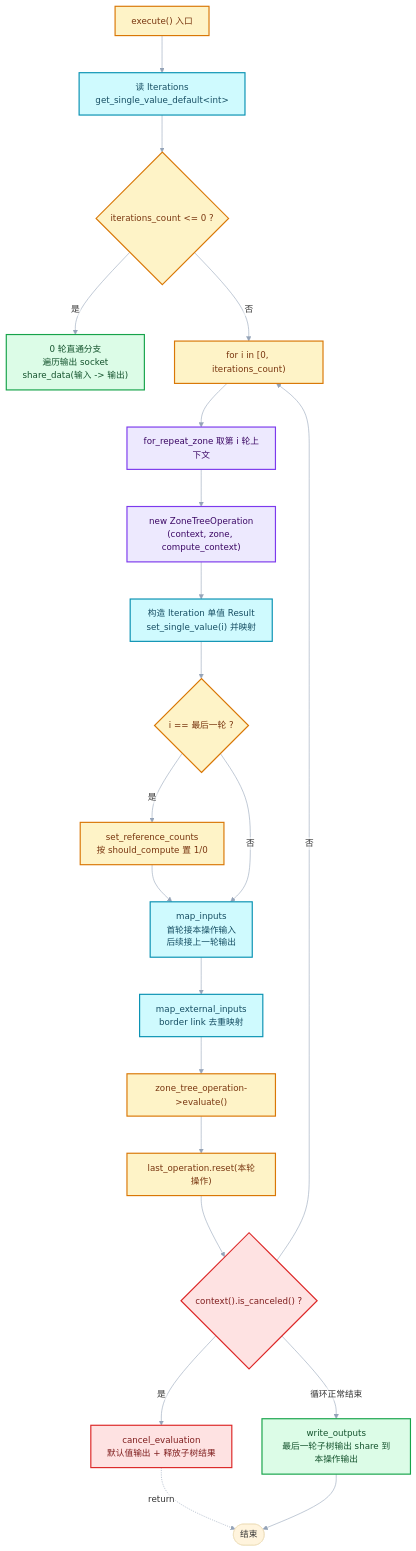
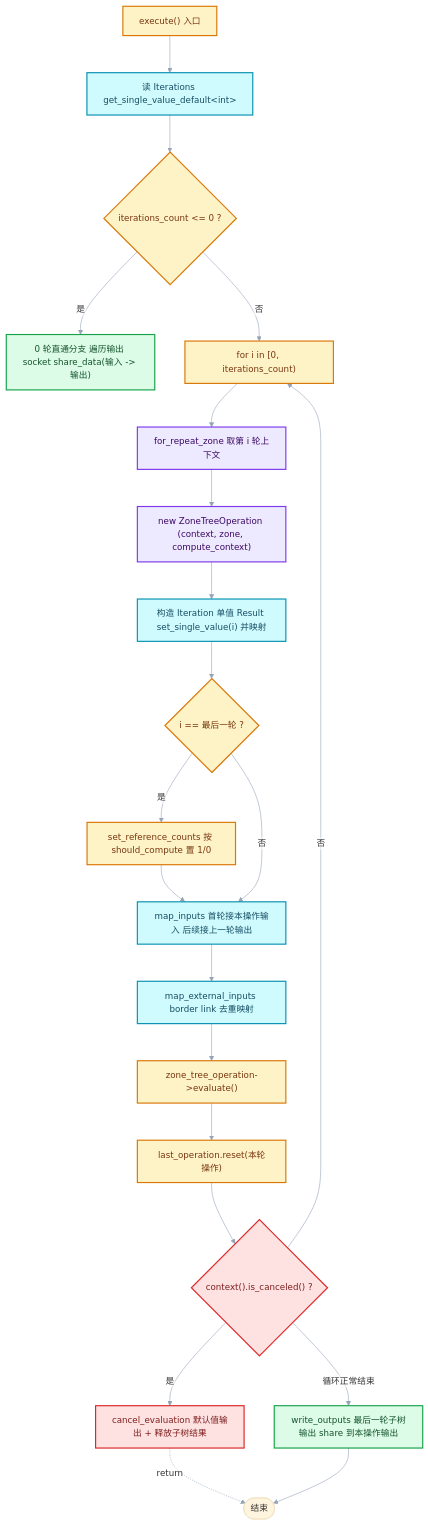
The second of 5 diagrams in 杂/markdown/重复区域-dsh/05-跨后端实现/01-合成器RepeatZoneOperation.md (yunkezengren/blender-.vscode), drawn with Mermaid before and after one commit. The commit also changed other lines of this file and 27 other files, not shown here.

````diff
--- a/杂/markdown/重复区域-dsh/05-跨后端实现/01-合成器RepeatZoneOperation.md
+++ b/杂/markdown/重复区域-dsh/05-跨后端实现/01-合成器RepeatZoneOperation.md
@@ -469,37 +311,37 @@
 ```mermaid
 %%{init: {"theme":"base","themeVariables":{"fontFamily":"\"Segoe UI\",\"Microsoft YaHei\",sans-serif","fontSize":"15px","lineColor":"#94A3B8","edgeLabelBackground":"#FFFFFF","clusterBkg":"#F8FAFC","clusterBorder":"#CBD5E1"},"flowchart":{"htmlLabels":false,"curve":"basis","nodeSpacing":52,"rankSpacing":64,"padding":14,"diagramPadding":16,"useMaxWidth":true},"sequence":{"useMaxWidth":true,"wrap":true,"mirrorActors":false,"messageMargin":36}}}%%
 flowchart TB
   START["execute() 入口"]:::compute
-  ITER["读 Iterations<br/>get_single_value_default&lt;int&gt;"]:::data
+  ITER["读 Iterations get_single_value_default&lt;int&gt;"]:::data
   CHECK{"iterations_count <= 0 ?"}:::compute
-  PASS["0 轮直通分支<br/>遍历输出 socket<br/>share_data(输入 -> 输出)"]:::result
+  PASS["0 轮直通分支 遍历输出 socket share_data(输入 -> 输出)"]:::result
   LOOP["for i in [0, iterations_count)"]:::compute
   CTX["for_repeat_zone 取第 i 轮上下文"]:::abstraction
-  NEWOP["new ZoneTreeOperation<br/>(context, zone, compute_context)"]:::abstraction
-  ITERIN["构造 Iteration 单值 Result<br/>set_single_value(i) 并映射"]:::data
+  NEWOP["new ZoneTreeOperation (context, zone, compute_context)"]:::abstraction
+  ITERIN["构造 Iteration 单值 Result set_single_value(i) 并映射"]:::data
   REFCT{"i == 最后一轮 ?"}:::compute
-  SETREF["set_reference_counts<br/>按 should_compute 置 1/0"]:::compute
-  MAPIN["map_inputs<br/>首轮接本操作输入<br/>后续接上一轮输出"]:::data
-  MAPEXT["map_external_inputs<br/>border link 去重映射"]:::data
+  SETREF["set_reference_counts 按 should_compute 置 1/0"]:::compute
+  MAPIN["map_inputs 首轮接本操作输入 后续接上一轮输出"]:::data
+  MAPEXT["map_external_inputs border link 去重映射"]:::data
   EVAL["zone_tree_operation->evaluate()"]:::compute
   RESET["last_operation.reset(本轮操作)"]:::compute
   CANCELCHK{"context().is_canceled() ?"}:::error
-  CANCEL["cancel_evaluation<br/>默认值输出 + 释放子树结果"]:::error
-  WRITE["write_outputs<br/>最后一轮子树输出 share 到本操作输出"]:::result
+  CANCEL["cancel_evaluation 默认值输出 + 释放子树结果"]:::error
+  WRITE["write_outputs 最后一轮子树输出 share 到本操作输出"]:::result
   START --> ITER --> CHECK
   CHECK -->|"是"| PASS
   CHECK -->|"否"| LOOP --> CTX --> NEWOP --> ITERIN --> REFCT
   REFCT -->|"是"| SETREF --> MAPIN
   REFCT -->|"否"| MAPIN
   MAPIN --> MAPEXT --> EVAL --> RESET --> CANCELCHK
   CANCELCHK -->|"是"| CANCEL
   CANCELCHK -->|"否"| LOOP
   CANCEL -.->|"return"| DONE(["结束"])
   CANCELCHK -->|"循环正常结束"| WRITE --> DONE
   classDef input fill:#DBEAFE,stroke:#2563EB,color:#172554,stroke-width:2px;
   classDef data fill:#CFFAFE,stroke:#0891B2,color:#164E63,stroke-width:2px;
   classDef abstraction fill:#EDE9FE,stroke:#7C3AED,color:#3B0764,stroke-width:2px;
   classDef compute fill:#FEF3C7,stroke:#D97706,color:#78350F,stroke-width:2px;
   classDef result fill:#DCFCE7,stroke:#16A34A,color:#14532D,stroke-width:2px;
   classDef error fill:#FEE2E2,stroke:#DC2626,color:#7F1D1D,stroke-width:2px;
 ```
````
